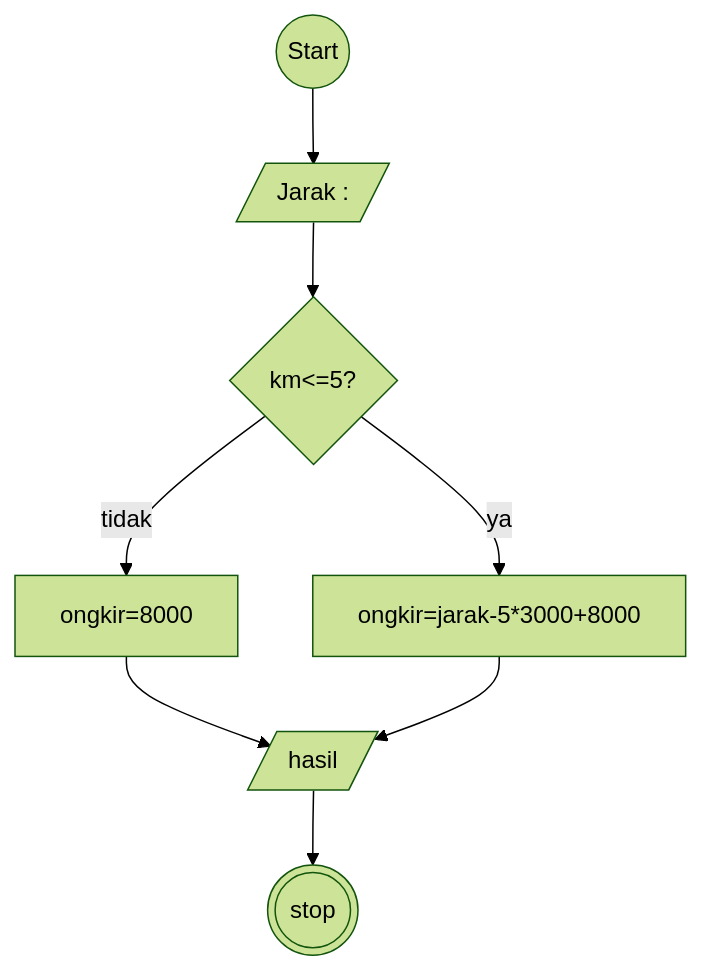
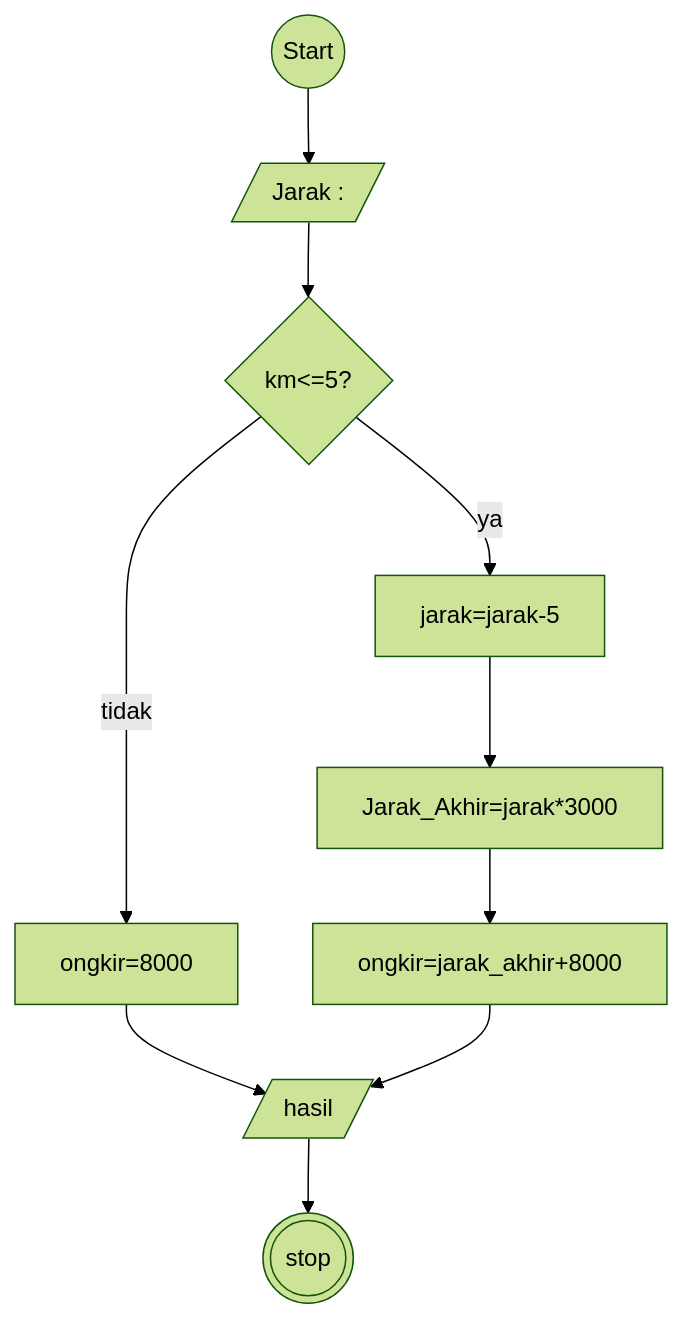
Before and after one commit to hilmy07/koda-b4-algoritma: the diagram in minitask8.md, drawn with Mermaid (forest theme).

````diff
--- a/minitask8.md
+++ b/minitask8.md
@@ -3,12 +3,14 @@
 ```mermaid
 flowchart TD;
 
 strt((Start))-->km[/Jarak : /]
 km-->dcs{km<=5?};
-dcs--ya-->hsl2[ongkir=jarak-5*3000+8000];
+dcs--ya-->hsl2[jarak=jarak-5];
+hsl2-->jrk_akhir[Jarak_Akhir=jarak*3000];
+jrk_akhir-->ongkir[ongkir=jarak_akhir+8000]
 dcs--tidak-->hsl1[ongkir=8000];
 hsl1-->total[/hasil/];
-hsl2-->total[/hasil/];
+ongkir-->total[/hasil/];
 total[/hasil/]-->stp(((stop)));
 
 ```
````
